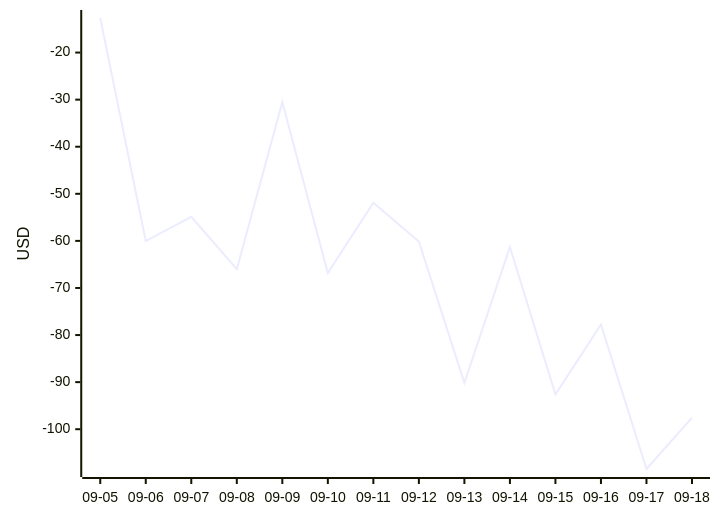
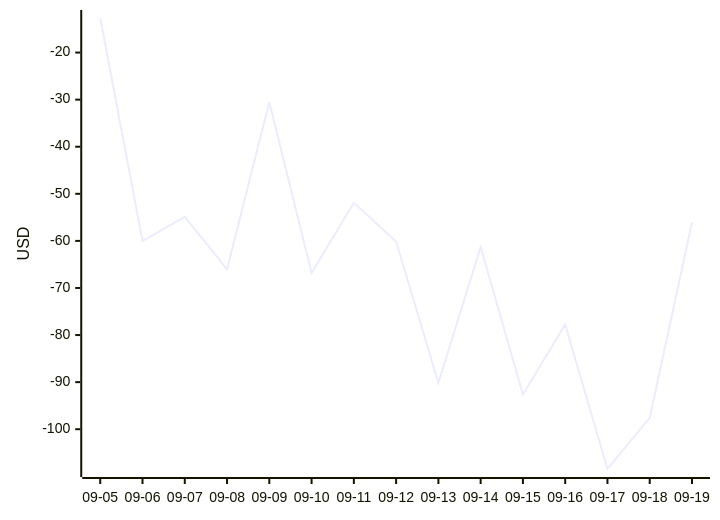
One commit to aryanvaid2108/prediction-trading changed the diagram in DASHBOARD.md. Above: the diagram before and after it, drawn with Mermaid. The commit also changed other lines of this file and 7 other files, not shown here.

````diff
--- a/DASHBOARD.md
+++ b/DASHBOARD.md
@@ -65,6 +65,6 @@
 ```mermaid
 xychart-beta
-  x-axis ["09-05", "09-06", "09-07", "09-08", "09-09", "09-10", "09-11", "09-12", "09-13", "09-14", "09-15", "09-16", "09-17", "09-18"]
+  x-axis ["09-05", "09-06", "09-07", "09-08", "09-09", "09-10", "09-11", "09-12", "09-13", "09-14", "09-15", "09-16", "09-17", "09-18", "09-19"]
   y-axis "USD"
-  line [-12.66, -60.03, -54.88, -66.03, -30.54, -66.82, -51.90, -60.13, -90.16, -61.28, -92.62, -77.76, -108.45, -97.57]
+  line [-12.66, -60.03, -54.88, -66.03, -30.54, -66.82, -51.90, -60.13, -90.16, -61.28, -92.62, -77.76, -108.45, -97.57, -56.11]
 ```
````
